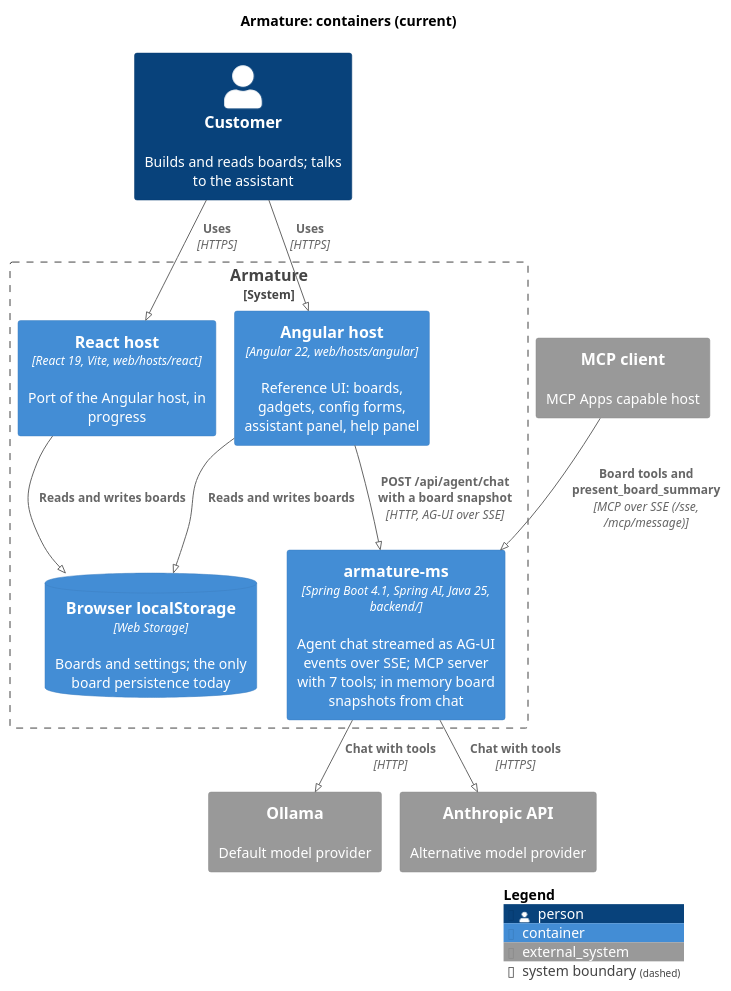
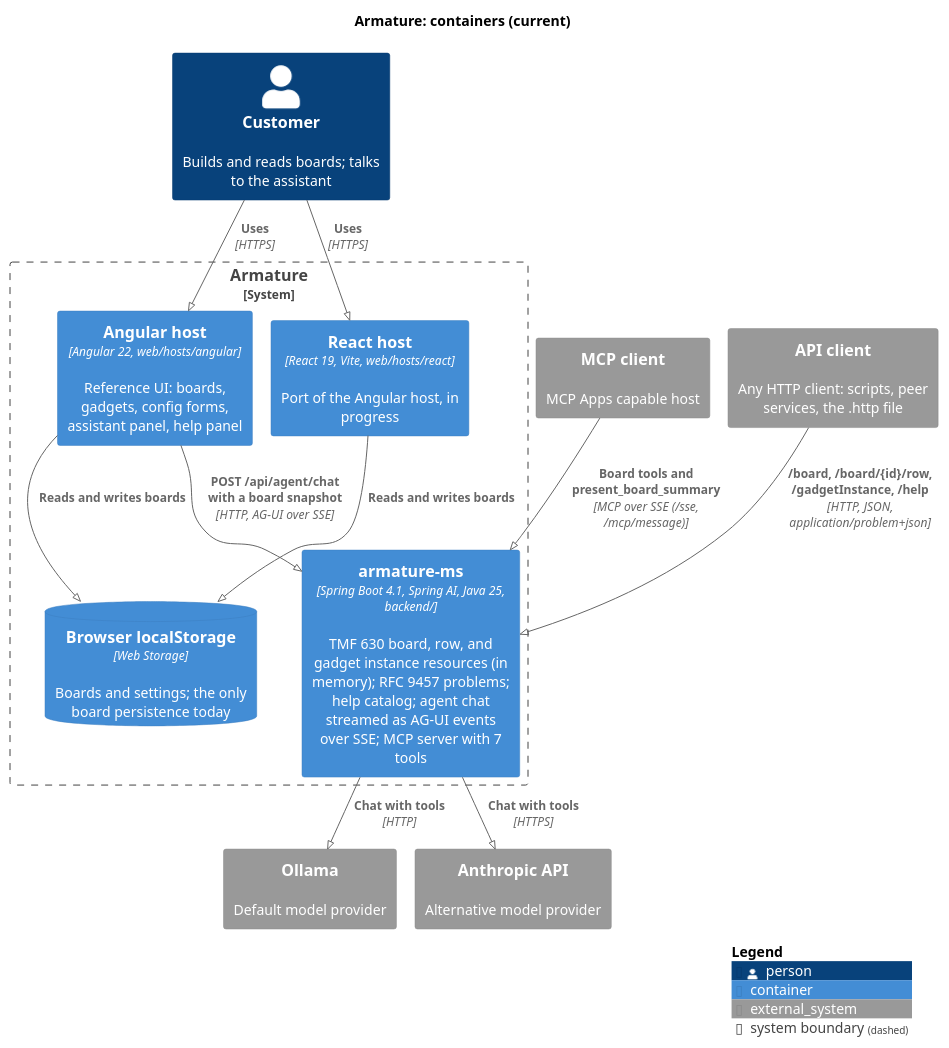
One commit to jayhamilton/armature changed the diagram in docs/architecture/c4/container-current.puml. Above: the diagram before and after it, drawn with PlantUML. The commit also changed 41 other files, not shown here.

Commit message:
Document INC-01a: conformance, patterns, diagrams, skills, report

```diff
--- a/docs/architecture/c4/container-current.puml
+++ b/docs/architecture/c4/container-current.puml
@@ -1,31 +1,33 @@
 @startuml container-current
-' C4 level 2: the deployable pieces that exist today (baseline after INC-00a).
+' C4 level 2: the deployable pieces that exist today (updated in INC-01a: board resources and help).
 ' Each container maps to a directory: backend/, web/hosts/angular/, web/hosts/react/.
 !pragma layout smetana
 !include <C4/C4_Container>
 
 title Armature: containers (current)
 
 Person(customer, "Customer", "Builds and reads boards; talks to the assistant")
 System_Ext(mcpClient, "MCP client", "MCP Apps capable host")
+System_Ext(apiClient, "API client", "Any HTTP client: scripts, peer services, the .http file")
 System_Ext(ollama, "Ollama", "Default model provider")
 System_Ext(anthropic, "Anthropic API", "Alternative model provider")
 
 System_Boundary(armature, "Armature") {
   Container(angular, "Angular host", "Angular 22, web/hosts/angular", "Reference UI: boards, gadgets, config forms, assistant panel, help panel")
   Container(react, "React host", "React 19, Vite, web/hosts/react", "Port of the Angular host, in progress")
   ContainerDb(localStore, "Browser localStorage", "Web Storage", "Boards and settings; the only board persistence today")
-  Container(backend, "armature-ms", "Spring Boot 4.1, Spring AI, Java 25, backend/", "Agent chat streamed as AG-UI events over SSE; MCP server with 7 tools; in memory board snapshots from chat")
+  Container(backend, "armature-ms", "Spring Boot 4.1, Spring AI, Java 25, backend/", "TMF 630 board, row, and gadget instance resources (in memory); RFC 9457 problems; help catalog; agent chat streamed as AG-UI events over SSE; MCP server with 7 tools")
 }
 
 Rel(customer, angular, "Uses", "HTTPS")
 Rel(customer, react, "Uses", "HTTPS")
 Rel(angular, localStore, "Reads and writes boards")
 Rel(react, localStore, "Reads and writes boards")
 Rel(angular, backend, "POST /api/agent/chat with a board snapshot", "HTTP, AG-UI over SSE")
+Rel(apiClient, backend, "/board, /board/{id}/row, /gadgetInstance, /help", "HTTP, JSON, application/problem+json")
 Rel(mcpClient, backend, "Board tools and present_board_summary", "MCP over SSE (/sse, /mcp/message)")
 Rel(backend, ollama, "Chat with tools", "HTTP")
 Rel(backend, anthropic, "Chat with tools", "HTTPS")
 
 SHOW_LEGEND()
 @enduml
```
